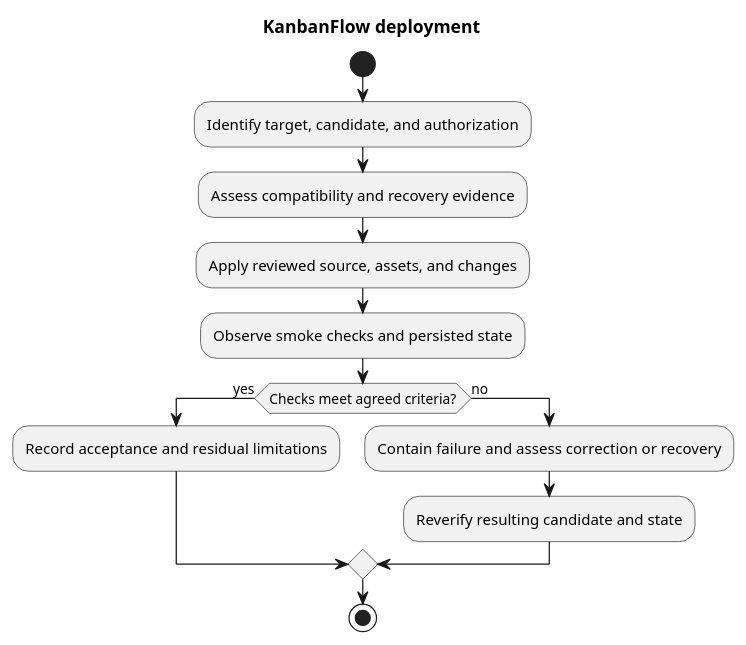
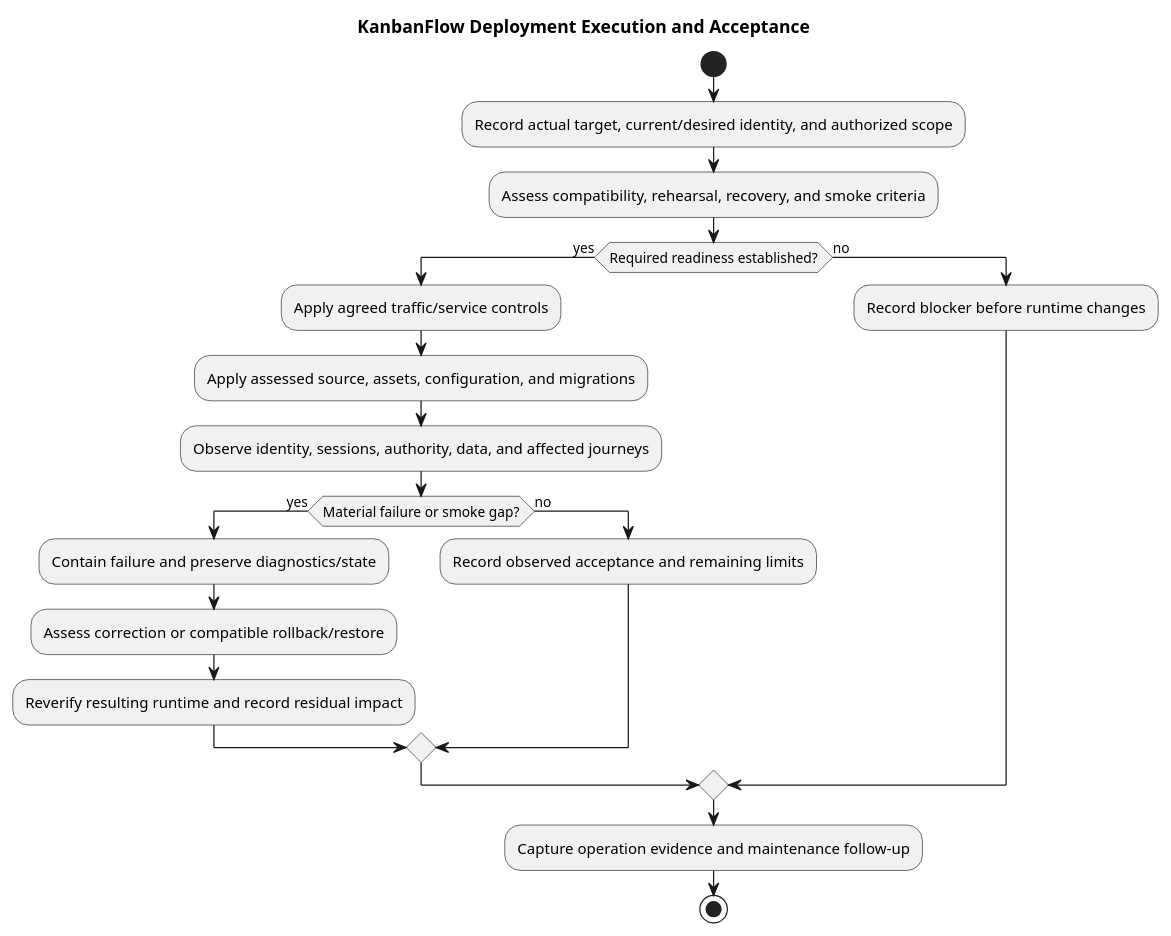
Before and after one commit to Farhad-Valizadegan/Web-KanbanFlow: the diagram in docs/SDLC/07-deployment/deployment.md, drawn with PlantUML. The commit also changed other lines of this file and 2 other files, not shown here.

Commit message:
docs: complete deployment execution and smoke verification guidance

````diff
--- a/docs/SDLC/07-deployment/deployment.md
+++ b/docs/SDLC/07-deployment/deployment.md
@@ -36,17 +99,24 @@
 ```plantuml
 @startuml
-title KanbanFlow deployment
+title KanbanFlow Deployment Execution and Acceptance
 start
-:Identify target, candidate, and authorization;
-:Assess compatibility and recovery evidence;
-:Apply reviewed source, assets, and changes;
-:Observe smoke checks and persisted state;
-if (Checks meet agreed criteria?) then (yes)
-:Record acceptance and residual limitations;
+:Record actual target, current/desired identity, and authorized scope;
+:Assess compatibility, rehearsal, recovery, and smoke criteria;
+if (Required readiness established?) then (yes)
+ :Apply agreed traffic/service controls;
+ :Apply assessed source, assets, configuration, and migrations;
+ :Observe identity, sessions, authority, data, and affected journeys;
+ if (Material failure or smoke gap?) then (yes)
+  :Contain failure and preserve diagnostics/state;
+  :Assess correction or compatible rollback/restore;
+  :Reverify resulting runtime and record residual impact;
+ else (no)
+  :Record observed acceptance and remaining limits;
+ endif
 else (no)
-:Contain failure and assess correction or recovery;
-:Reverify resulting candidate and state;
+ :Record blocker before runtime changes;
 endif
+:Capture operation evidence and maintenance follow-up;
 stop
 @enduml
 ```
````
